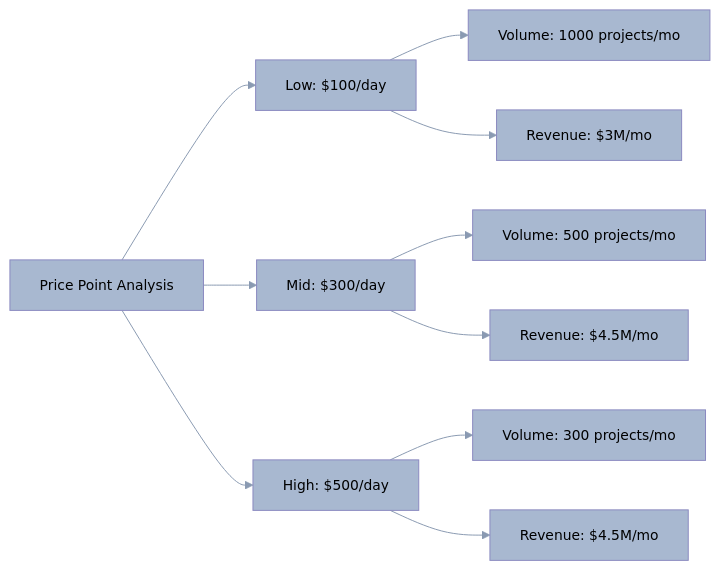
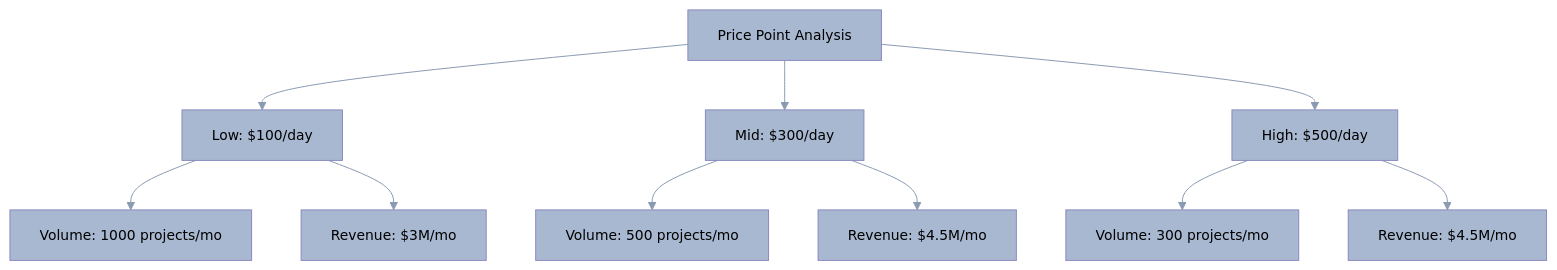
One commit to o2alexanderfedin/AI-Hive-Business-Docs changed the ninth of 9 diagrams in business-documents/market-analysis/06-pricing-analysis.md. Above: the diagram before and after it, drawn with Mermaid.

Commit message:
Update pricing diagram layout from TD to LR
- Changed graph direction from TD (top-down) to LR (left-right)
- Improved readability of pricing options flow
- Better visual hierarchy for Pay as You Go and subscription tiers

🤖 Generated with [Claude Code](https://claude.ai/code)

````diff
--- a/business-documents/market-analysis/06-pricing-analysis.md
+++ b/business-documents/market-analysis/06-pricing-analysis.md
@@ -736,77 +736,77 @@
 ```mermaid
 %%{init: {
   'theme': 'base',
   'themeVariables': {
     'primaryColor': '#A8B8D0',
     'primaryTextColor': '#000000',
     'primaryBorderColor': '#8A9AB2',
     'lineColor': '#8A9AB2',
     'secondaryColor': '#5DBCB6',
     'secondaryTextColor': '#000000',
     'secondaryBorderColor': '#3D9A94',
     'tertiaryColor': '#84D4F5',
     'tertiaryTextColor': '#000000',
     'tertiaryBorderColor': '#5ABCD8',
     'background': '#F5F5F5',
     'mainBkg': '#A8B8D0',
     'secondBkg': '#5DBCB6',
     'tertiaryBkg': '#84D4F5',
     'mainContrastColor': '#000000',
     'darkMode': false,
     'fontFamily': 'Arial, sans-serif',
     'fontSize': '14px',
     'labelBackground': '#E8E8E8',
     'textColor': '#000000',
     'nodeBkg': '#B3B2D8',
     'nodeTextColor': '#000000',
     'nodeBorder': '#8A89C0',
     'clusterBkg': '#E5C4CA',
     'clusterBorder': '#CDA2AB',
     'defaultLinkColor': '#8A9AB2',
     'titleColor': '#000000',
     'edgeLabelBackground': '#F5F5F5',
     'actorBorder': '#8A9AB2',
     'actorBkg': '#B3B2D8',
     'actorTextColor': '#000000',
     'actorLineColor': '#8A9AB2',
     'signalColor': '#000000',
     'signalTextColor': '#000000',
     'activationBorderColor': '#8A9AB2',
     'activationBkgColor': '#E5C4CA',
     'sequenceNumberColor': '#000000',
     'sectionBkgColor': '#FFD54F',
     'altSectionBkgColor': '#FFB74D',
     'sectionBkgColor2': '#E1B3C4',
     'taskBorderColor': '#8A9AB2',
     'taskBkgColor': '#B3B2D8',
     'taskTextColor': '#000000',
     'taskTextLightColor': '#000000',
     'taskTextOutsideColor': '#000000',
     'taskTextClickableColor': '#000000',
     'activeTaskBorderColor': '#A8B8D0',
     'activeTaskBkgColor': '#84D4F5',
     'gridColor': '#C0C0C0',
     'doneTaskBkgColor': '#5DBCB6',
     'doneTaskBorderColor': '#3D9A94',
     'critBorderColor': '#E27D00',
     'critBkgColor': '#FFB74D',
     'todayLineColor': '#E27D00',
     'labelColor': '#000000',
     'errorBkgColor': '#E1B3C4',
     'errorTextColor': '#000000'
   }
 }}%%
-graph LR
+graph TD
     A[Price Point Analysis] --> B[Low: $100/day]
     A --> C[Mid: $300/day]
     A --> D[High: $500/day]
 
     B --> B1[Volume: 1000 projects/mo]
     B --> B2[Revenue: $3M/mo]
 
     C --> C1[Volume: 500 projects/mo]
     C --> C2[Revenue: $4.5M/mo]
 
     D --> D1[Volume: 300 projects/mo]
     D --> D2[Revenue: $4.5M/mo]
 ```
````
